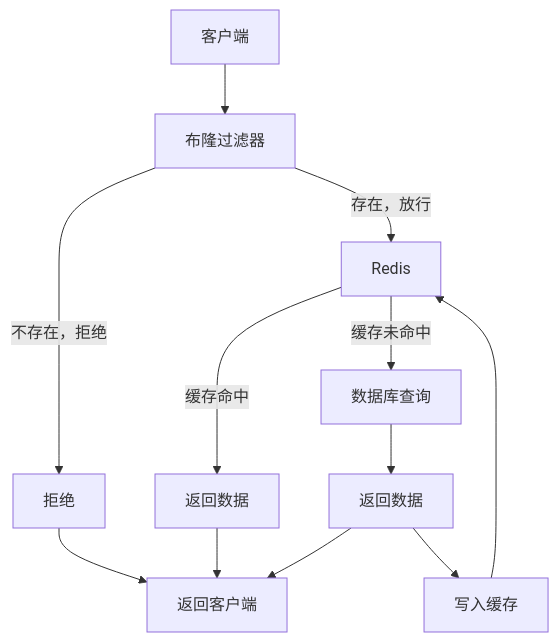
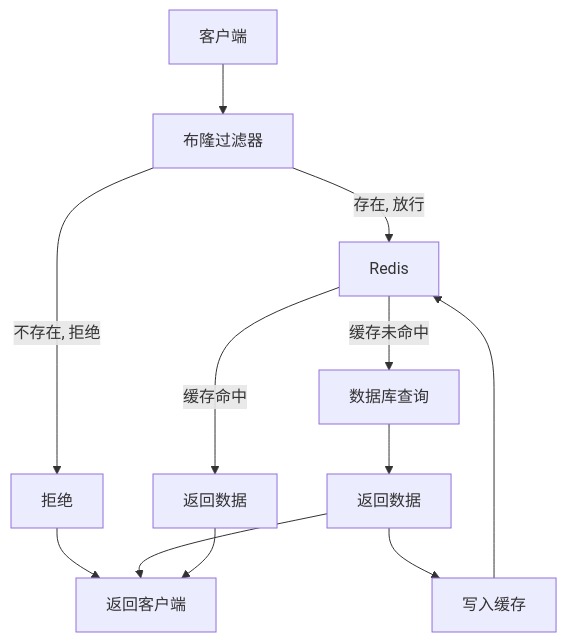
Before and after one commit to Jingqing3948/Note: the seventh of 9 diagrams in 项目学习：黑马点评.md, drawn with Mermaid. The commit also changed other lines of this file and 19 other files, not shown here.

````diff
--- a/项目学习：黑马点评.md
+++ b/项目学习：黑马点评.md
@@ -966,16 +970,16 @@
 ```mermaid
 flowchart TD
 
 A[客户端] --> B[布隆过滤器]
-
-B -->|不存在，拒绝| C[拒绝] --> Z1[返回客户端]
-B -->|存在，放行| D[Redis]
-
-D -->|缓存命中| E1[返回数据] --> Z1
+B -->|不存在, 拒绝| C[拒绝]
+C --> Z1[返回客户端]
+B -->|存在, 放行| D[Redis]
+D -->|缓存命中| E1[返回数据]
 D -->|缓存未命中| F[数据库查询]
-
-F --> G[返回数据] --> H[写入缓存] --> D
-
+F --> G[返回数据]
+G --> H[写入缓存]
+H --> D
 G --> Z1
+E1 --> Z1
 
 ```
````
